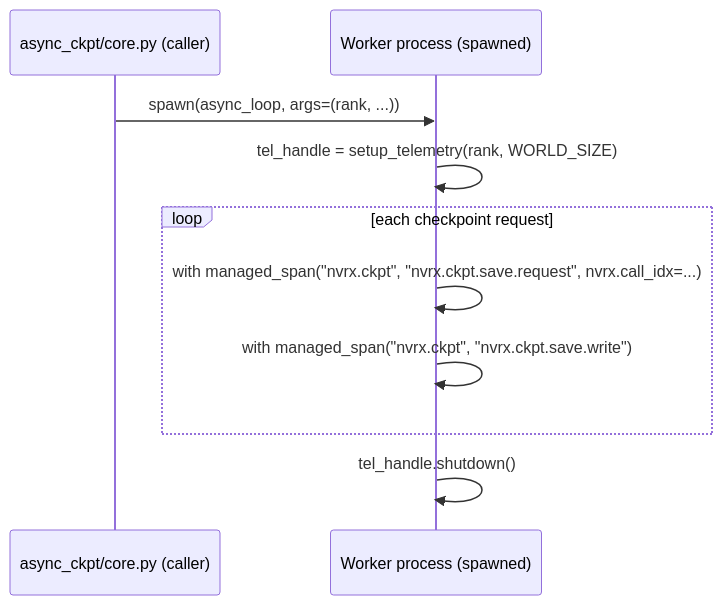
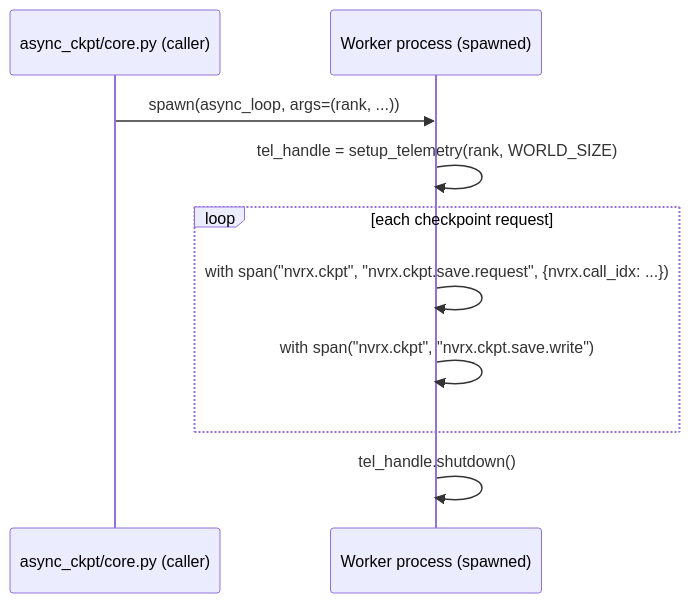
One commit to NVIDIA/nvidia-resiliency-ext changed the third of 3 diagrams in docs/design/telemetry/NEMO_LENS.md. Above: the diagram before and after it, drawn with Mermaid. The commit also changed other lines of this file and 4 other files, not shown here.

````diff
--- a/docs/design/telemetry/NEMO_LENS.md
+++ b/docs/design/telemetry/NEMO_LENS.md
@@ -208,13 +212,13 @@
 ```mermaid
 sequenceDiagram
     participant C as async_ckpt/core.py (caller)
     participant W as Worker process (spawned)
 
     C->>W: spawn(async_loop, args=(rank, ...))
     W->>W: tel_handle = setup_telemetry(rank, WORLD_SIZE)
     loop each checkpoint request
-        W->>W: with managed_span("nvrx.ckpt", "nvrx.ckpt.save.request", nvrx.call_idx=...)
-        W->>W: with managed_span("nvrx.ckpt", "nvrx.ckpt.save.write")
+        W->>W: with span("nvrx.ckpt", "nvrx.ckpt.save.request", {nvrx.call_idx: ...})
+        W->>W: with span("nvrx.ckpt", "nvrx.ckpt.save.write")
     end
     W->>W: tel_handle.shutdown()
 ```
````
